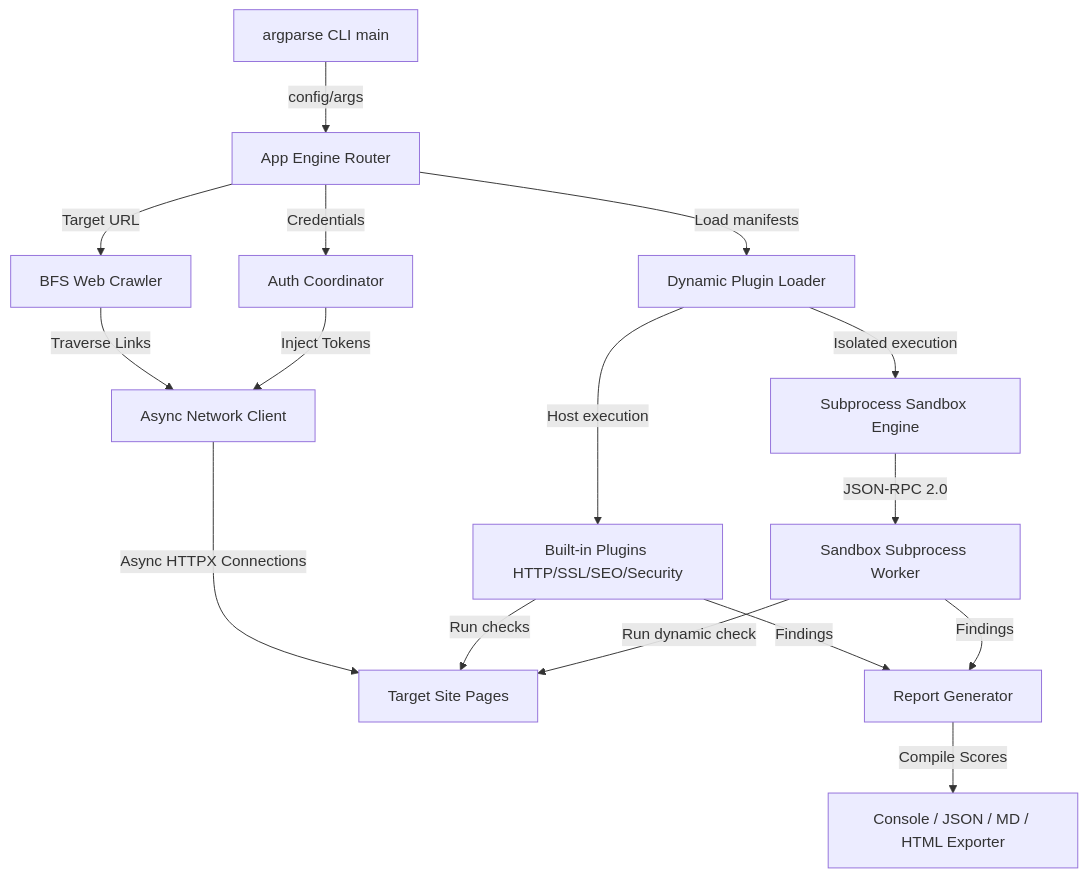
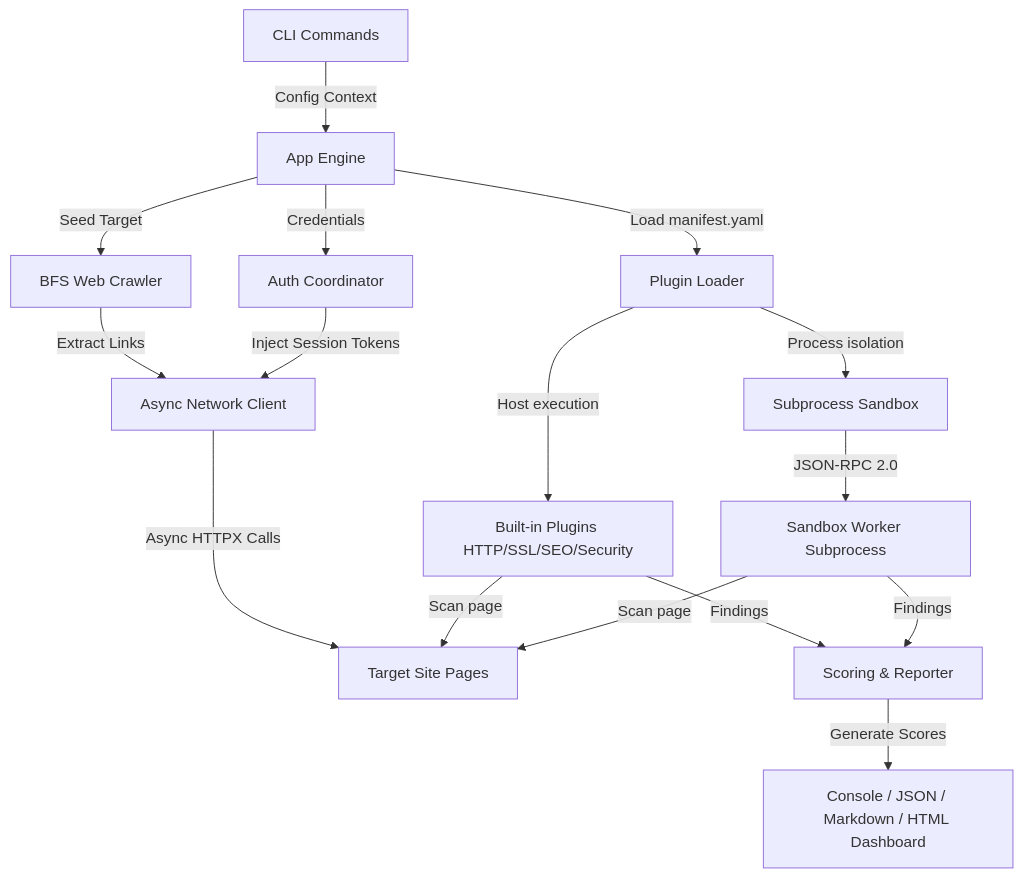
Before and after one commit to userlethekhoi/webpulse-audit: the diagram in README.md, drawn with Mermaid. The commit also changed other lines of this file, not shown here.

````diff
--- a/README.md
+++ b/README.md
@@ -32,18 +34,18 @@
 ```mermaid
 graph TD
-    CLI[argparse CLI main] -->|config/args| Engine[App Engine Router]
-    Engine -->|Target URL| Crawler[BFS Web Crawler]
+    CLI[CLI Commands] -->|Config Context| Engine[App Engine]
+    Engine -->|Seed Target| Crawler[BFS Web Crawler]
     Engine -->|Credentials| Auth[Auth Coordinator]
-    Crawler -->|Traverse Links| Client[Async Network Client]
-    Auth -->|Inject Tokens| Client
-    Client -->|Async HTTPX Connections| Target[Target Site Pages]
-    Engine -->|Load manifests| Loader[Dynamic Plugin Loader]
-    Loader -->|Host execution| PluginB[Built-in Plugins HTTP/SSL/SEO/Security]
-    Loader -->|Isolated execution| Sandbox[Subprocess Sandbox Engine]
-    Sandbox -->|JSON-RPC 2.0| Worker[Sandbox Subprocess Worker]
-    PluginB -->|Run checks| Target
-    Worker -->|Run dynamic check| Target
-    PluginB -->|Findings| Reporter[Report Generator]
+    Crawler -->|Extract Links| Client[Async Network Client]
+    Auth -->|Inject Session Tokens| Client
+    Client -->|Async HTTPX Calls| Target[Target Site Pages]
+    Engine -->|Load manifest.yaml| Loader[Plugin Loader]
+    Loader -->|Host execution| CorePlugins[Built-in Plugins HTTP/SSL/SEO/Security]
+    Loader -->|Process isolation| Sandbox[Subprocess Sandbox]
+    Sandbox -->|JSON-RPC 2.0| Worker[Sandbox Worker Subprocess]
+    CorePlugins -->|Scan page| Target
+    Worker -->|Scan page| Target
+    CorePlugins -->|Findings| Reporter[Scoring & Reporter]
     Worker -->|Findings| Reporter
-    Reporter -->|Compile Scores| Outputs[Console / JSON / MD / HTML Exporter]
+    Reporter -->|Generate Scores| Outputs[Console / JSON / Markdown / HTML Dashboard]
 ```
````
